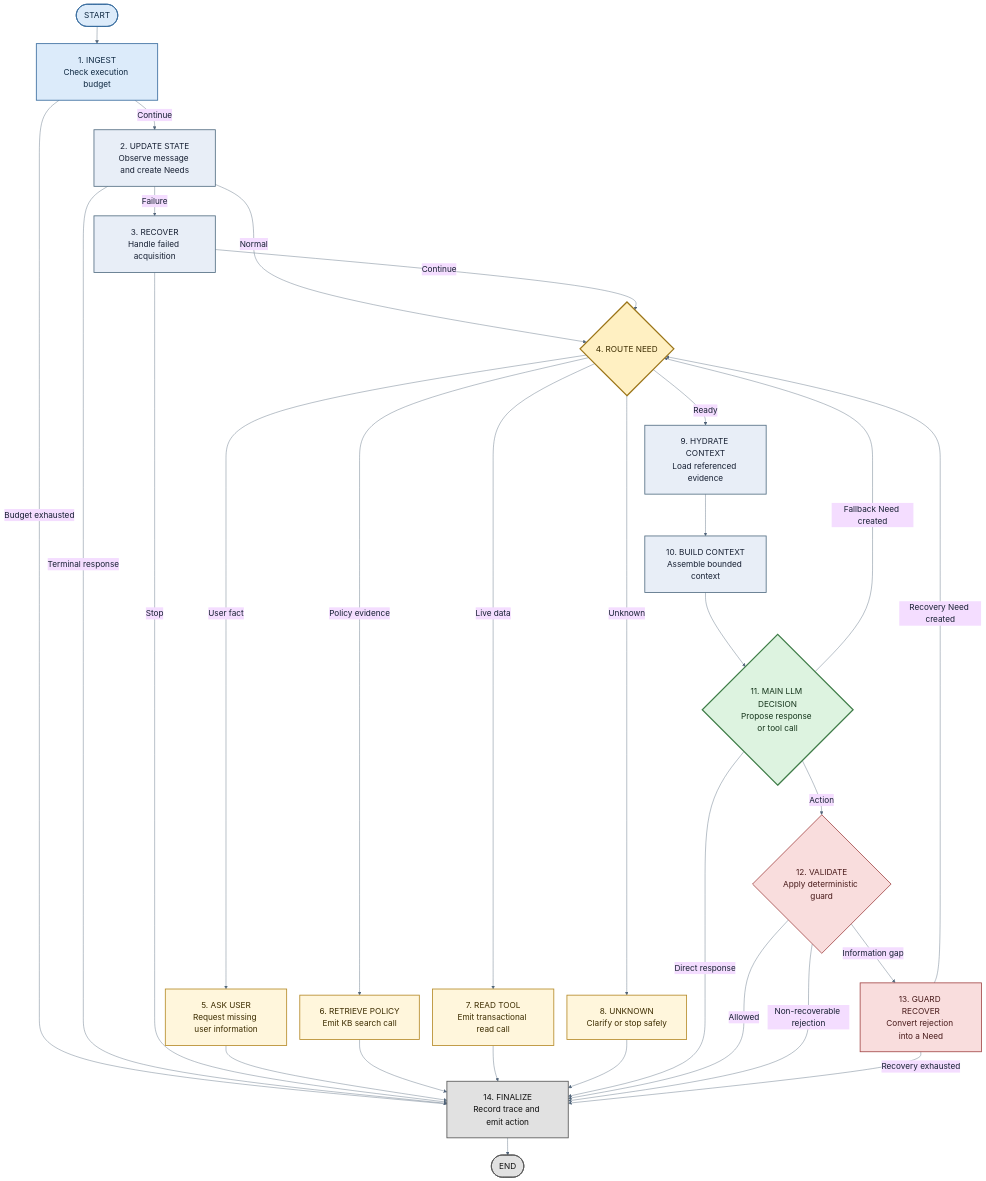
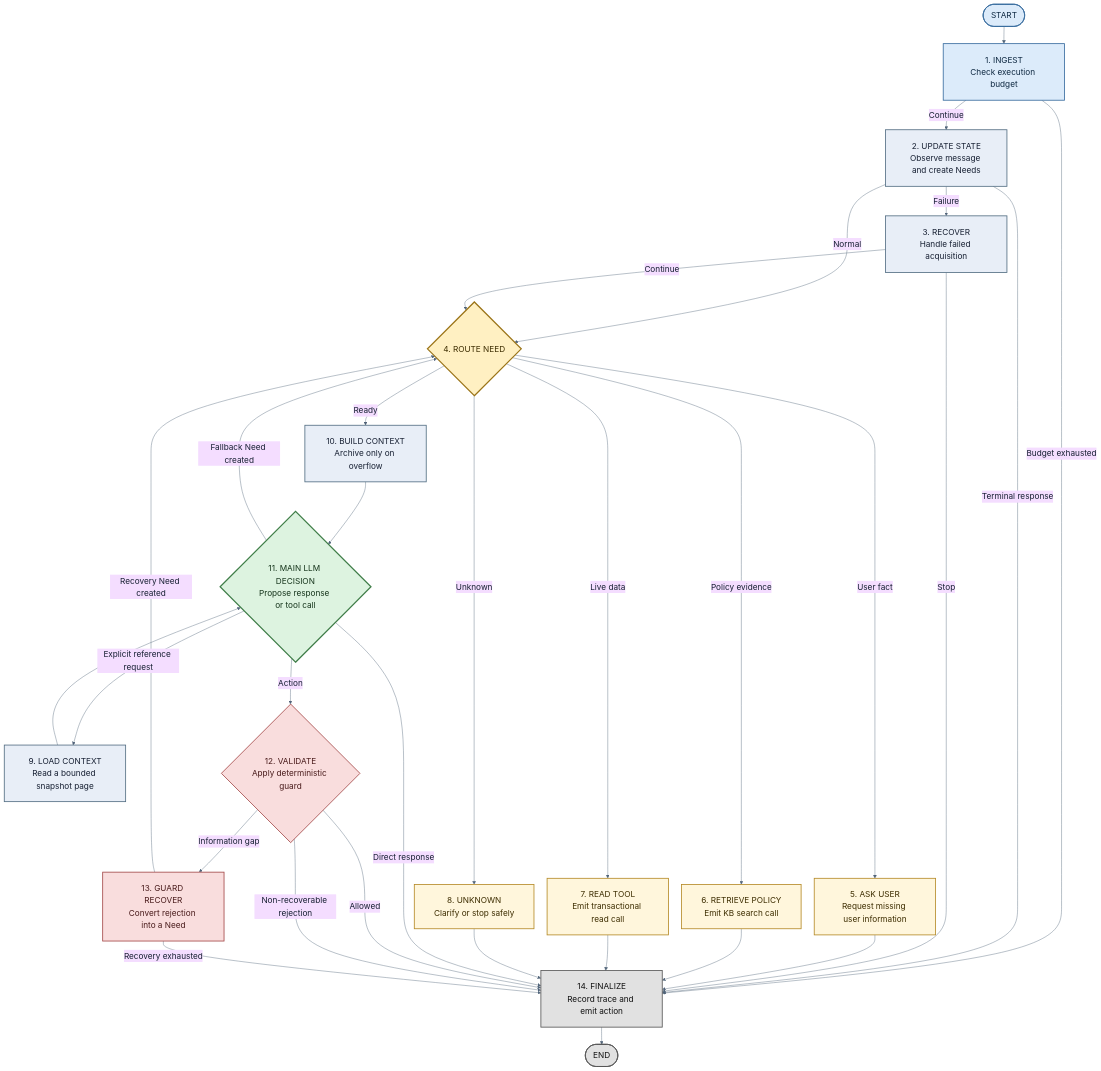
Before and after one commit to Edwardwyt-ai/policypilot: the diagram in README.md, drawn with Mermaid. The commit also changed other lines of this file and 19 other files, not shown here.

Commit message:
feat(policypilot): add explicit context loading and tool authorization

````diff
--- a/README.md
+++ b/README.md
@@ -52,73 +52,74 @@
 ```mermaid
 %%{init: {
   "theme": "base",
   "themeVariables": {
     "fontSize": "20px",
     "fontFamily": "Arial, sans-serif",
     "primaryTextColor": "#172033",
     "lineColor": "#52657a"
   },
   "flowchart": {
     "nodeSpacing": 32,
     "rankSpacing": 42,
     "padding": 24,
     "curve": "basis",
     "htmlLabels": true
   }
 }}%%
 flowchart TD
     START(["START"]) --> INGEST["1. INGEST<br/>Check execution budget"]
 
     INGEST -->|Continue| UPDATE["2. UPDATE STATE<br/>Observe message and create Needs"]
     INGEST -->|Budget exhausted| FINAL["14. FINALIZE<br/>Record trace and emit action"]
 
     UPDATE -->|Normal| ROUTE{"4. ROUTE NEED"}
     UPDATE -->|Failure| RECOVER["3. RECOVER<br/>Handle failed acquisition"]
     UPDATE -->|Terminal response| FINAL
 
     RECOVER -->|Continue| ROUTE
     RECOVER -->|Stop| FINAL
 
     ROUTE -->|User fact| ASK["5. ASK USER<br/>Request missing user information"]
     ROUTE -->|Policy evidence| POLICY["6. RETRIEVE POLICY<br/>Emit KB search call"]
     ROUTE -->|Live data| TOOL["7. READ TOOL<br/>Emit transactional read call"]
     ROUTE -->|Unknown| UNKNOWN["8. UNKNOWN<br/>Clarify or stop safely"]
-    ROUTE -->|Ready| HYDRATE["9. HYDRATE CONTEXT<br/>Load referenced evidence"]
+    ROUTE -->|Ready| CONTEXT["10. BUILD CONTEXT<br/>Archive only on overflow"]
 
     ASK --> FINAL
     POLICY --> FINAL
     TOOL --> FINAL
     UNKNOWN --> FINAL
 
-    HYDRATE --> CONTEXT["10. BUILD CONTEXT<br/>Assemble bounded context"]
     CONTEXT --> DECISION{"11. MAIN LLM DECISION<br/>Propose response or tool call"}
+    DECISION -->|Explicit reference request| LOAD["9. LOAD CONTEXT<br/>Read a bounded snapshot page"]
+    LOAD --> DECISION
 
     DECISION -->|Action| VALIDATE{"12. VALIDATE<br/>Apply deterministic guard"}
     DECISION -->|Fallback Need created| ROUTE
     DECISION -->|Direct response| FINAL
 
     VALIDATE -->|Allowed| FINAL
     VALIDATE -->|Non-recoverable rejection| FINAL
     VALIDATE -->|Information gap| GUARD["13. GUARD RECOVER<br/>Convert rejection into a Need"]
 
     GUARD -->|Recovery Need created| ROUTE
     GUARD -->|Recovery exhausted| FINAL
 
     FINAL --> END(["END"])
 
     classDef entry fill:#dcebfA,stroke:#376b9e,stroke-width:2px,color:#102a43;
     classDef state fill:#e8eef7,stroke:#526d82,stroke-width:2px,color:#172033;
     classDef route fill:#fff0c2,stroke:#9b7417,stroke-width:3px,color:#3d2d00;
     classDef action fill:#fff6dc,stroke:#b58a27,stroke-width:2px,color:#3d2d00;
     classDef llm fill:#ddf3e0,stroke:#3f7d48,stroke-width:3px,color:#16351c;
     classDef guard fill:#f9dddd,stroke:#a34848,stroke-width:2px,color:#491b1b;
     classDef terminal fill:#e1e1e1,stroke:#555555,stroke-width:2px,color:#111111;
 
     class START,INGEST entry;
-    class UPDATE,RECOVER,HYDRATE,CONTEXT state;
+    class UPDATE,RECOVER,LOAD,CONTEXT state;
     class ROUTE route;
     class ASK,POLICY,TOOL,UNKNOWN action;
     class DECISION llm;
     class VALIDATE,GUARD guard;
     class FINAL,END terminal;
 ```
````
